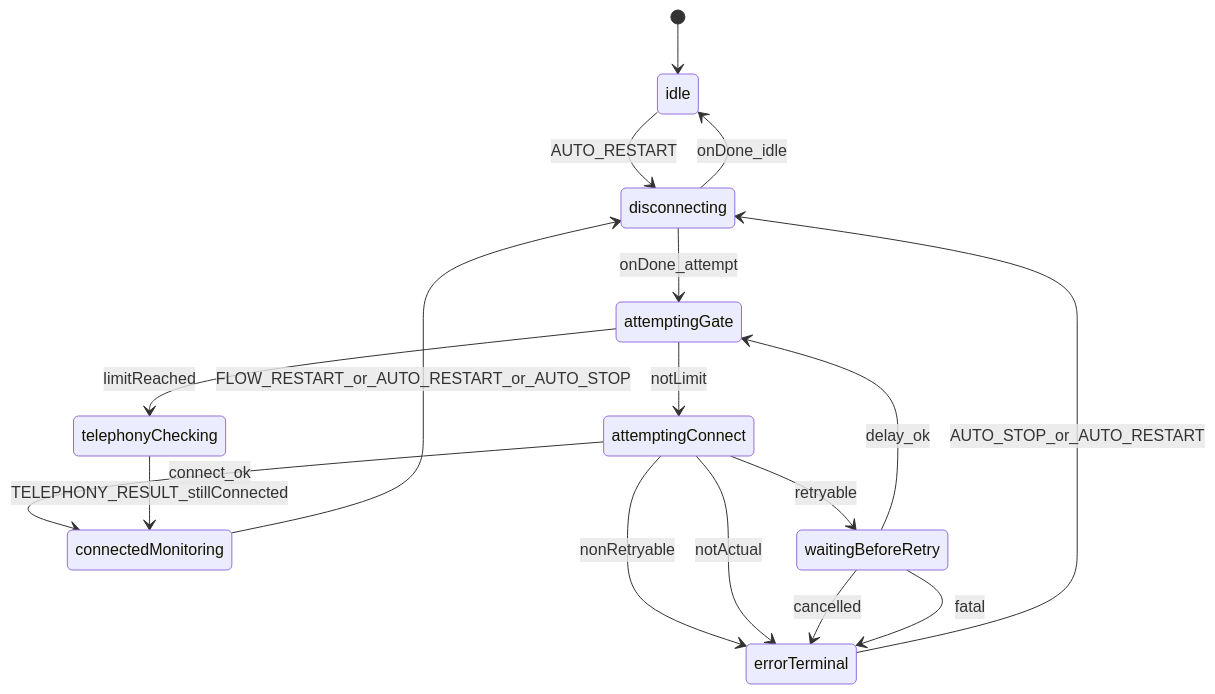
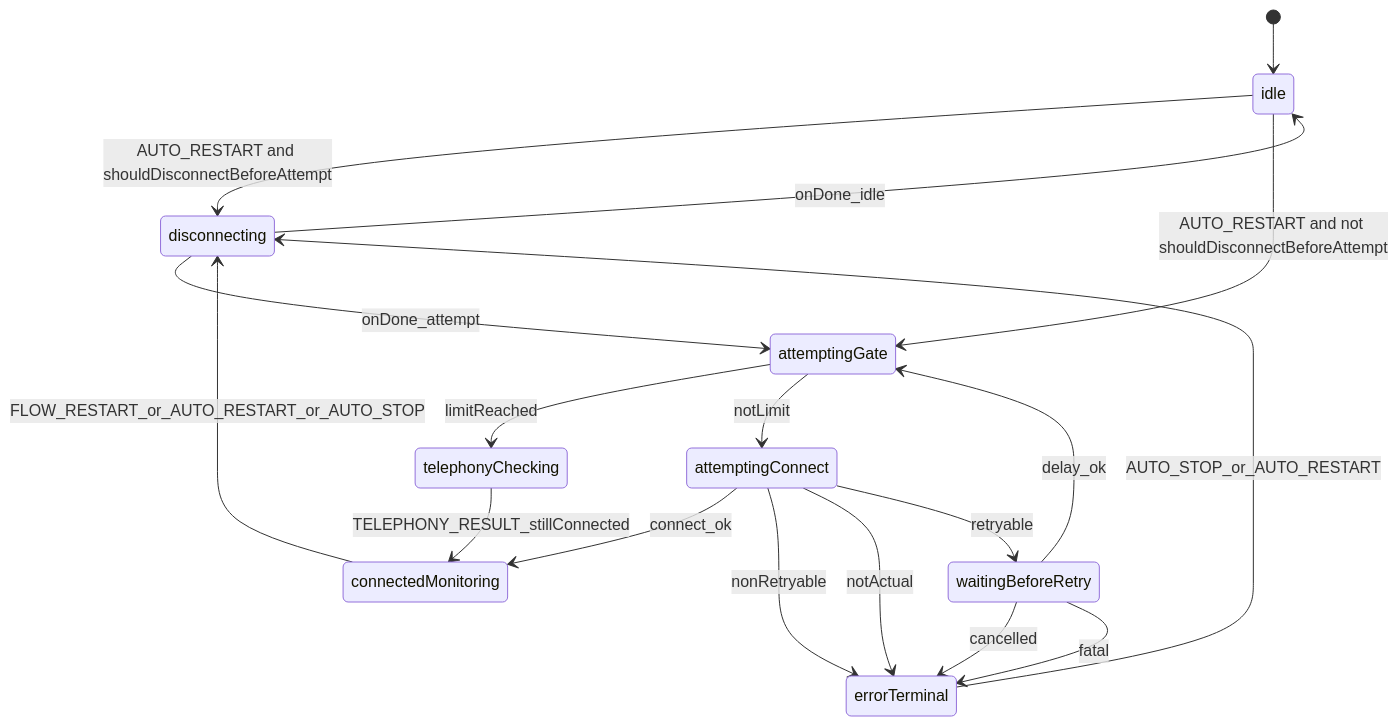
The diagram in docs/architecture/components/AutoConnectorManager/state-machine.md (Krivega/sip-connector), drawn with Mermaid before and after one commit. The commit also changed other lines of this file and 1 other file, not shown here.

Commit message:
docs(AutoConnectorManager): clarify connection process and state machine events

````diff
--- a/docs/architecture/components/AutoConnectorManager/state-machine.md
+++ b/docs/architecture/components/AutoConnectorManager/state-machine.md
@@ -33,19 +35,20 @@
 ```mermaid
 stateDiagram-v2
   [*] --> idle
-  idle --> disconnecting: AUTO_RESTART
+  idle --> disconnecting: AUTO_RESTART and shouldDisconnectBeforeAttempt
+  idle --> attemptingGate: AUTO_RESTART and not shouldDisconnectBeforeAttempt
   disconnecting --> attemptingGate: onDone_attempt
   disconnecting --> idle: onDone_idle
   attemptingGate --> telephonyChecking: limitReached
   attemptingGate --> attemptingConnect: notLimit
   attemptingConnect --> connectedMonitoring: connect_ok
   attemptingConnect --> errorTerminal: nonRetryable
   attemptingConnect --> errorTerminal: notActual
   attemptingConnect --> waitingBeforeRetry: retryable
   waitingBeforeRetry --> attemptingGate: delay_ok
   waitingBeforeRetry --> errorTerminal: cancelled
   waitingBeforeRetry --> errorTerminal: fatal
   connectedMonitoring --> disconnecting: FLOW_RESTART_or_AUTO_RESTART_or_AUTO_STOP
   telephonyChecking --> connectedMonitoring: TELEPHONY_RESULT_stillConnected
   errorTerminal --> disconnecting: AUTO_STOP_or_AUTO_RESTART
 ```
````
